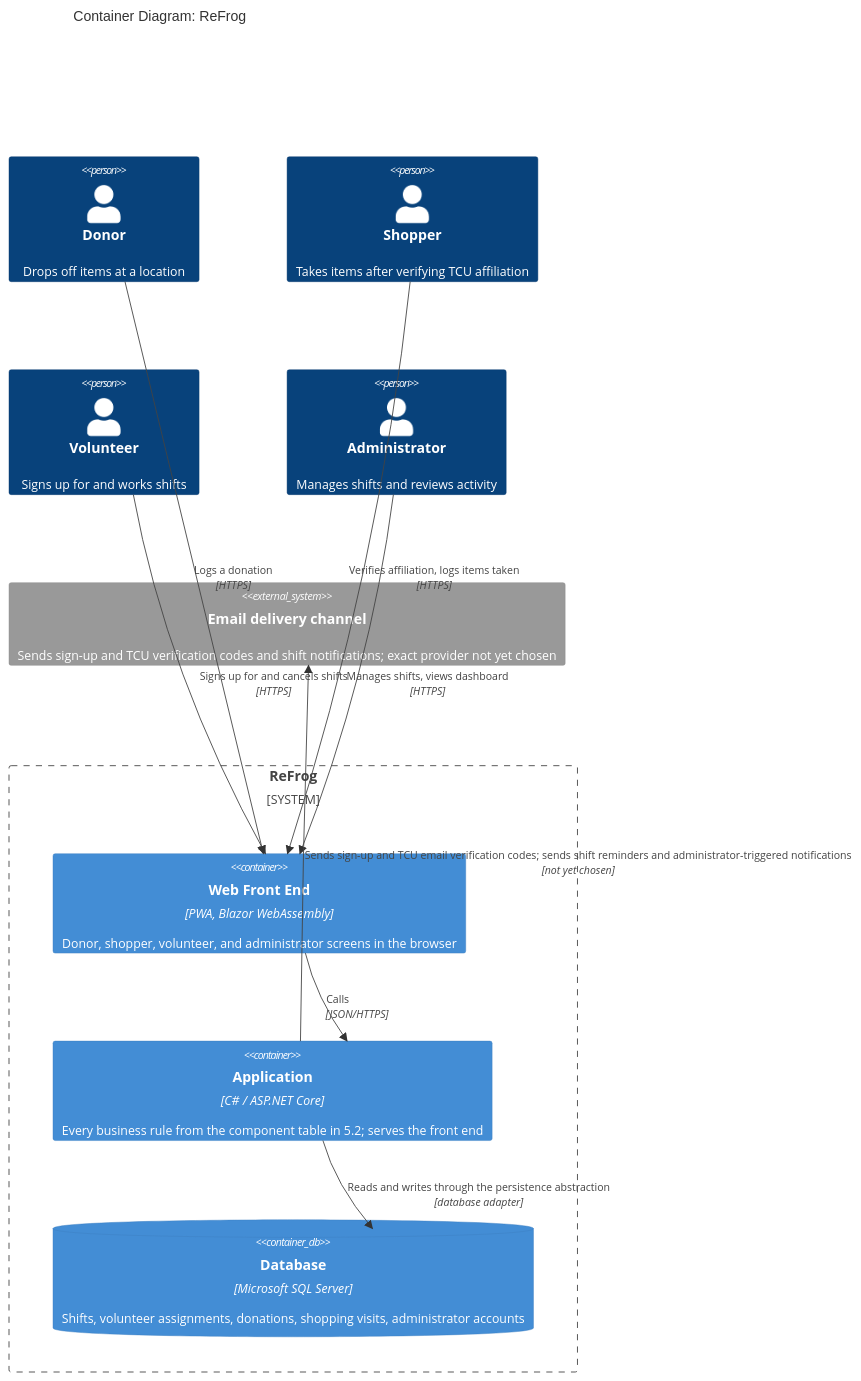
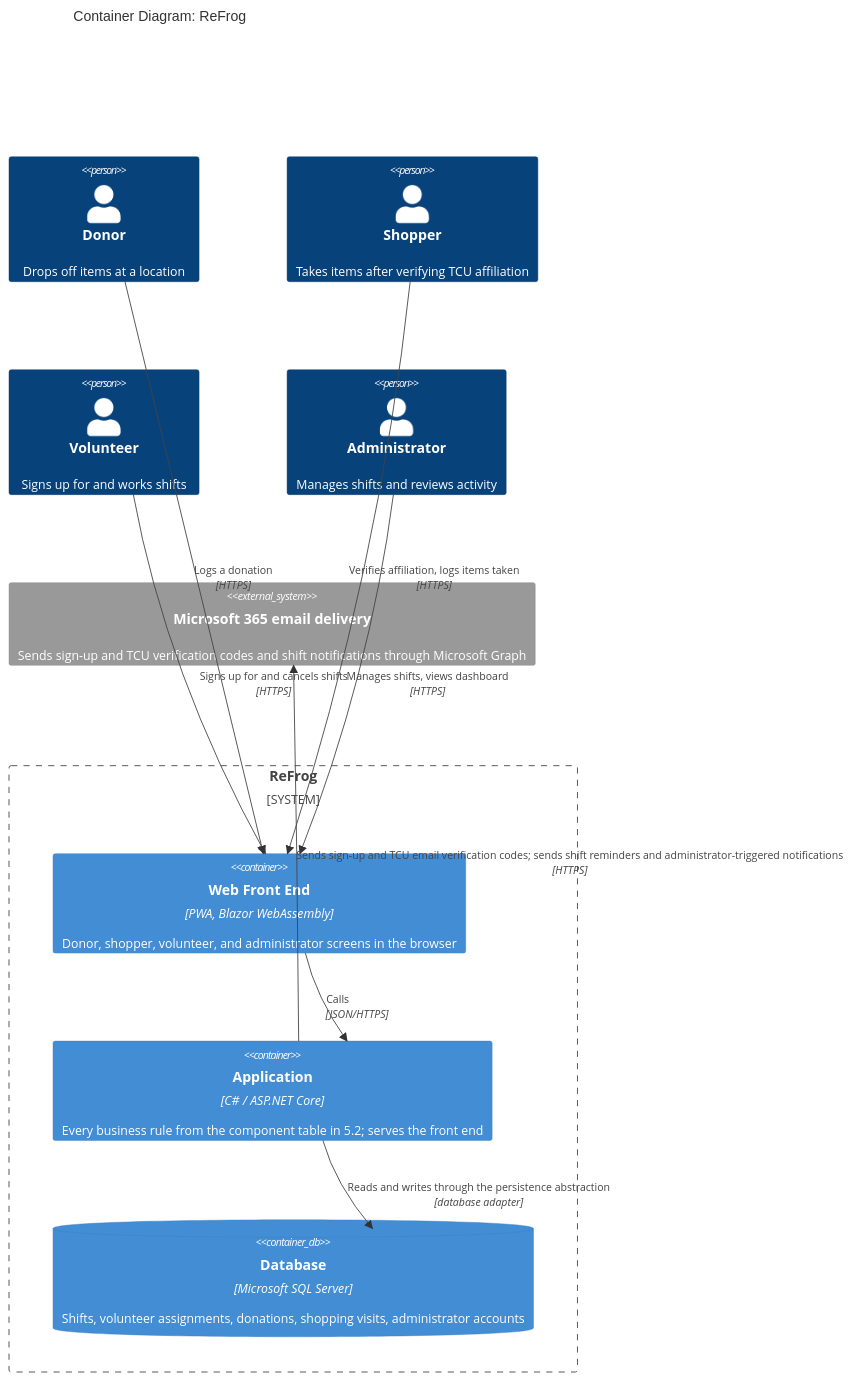
One commit to evelyntrann/cosc-40943-team-3-refrog changed the third of 3 diagrams in docs/design/architectural-design.md. Above: the diagram before and after it, drawn with Mermaid. The commit also changed other lines of this file and 6 other files, not shown here.

First line of the commit message:
build: send registration email through Microsoft 365

````diff
--- a/docs/design/architectural-design.md
+++ b/docs/design/architectural-design.md
@@ -213,25 +213,25 @@
 ```mermaid
 C4Container
     title Container Diagram: ReFrog
 
     Person(donor, "Donor", "Drops off items at a location")
     Person(shopper, "Shopper", "Takes items after verifying TCU affiliation")
     Person(volunteer, "Volunteer", "Signs up for and works shifts")
     Person(admin, "Administrator", "Manages shifts and reviews activity")
 
     System_Boundary(refrog, "ReFrog") {
         Container(web, "Web Front End", "PWA, Blazor WebAssembly", "Donor, shopper, volunteer, and administrator screens in the browser")
         Container(app, "Application", "C# / ASP.NET Core", "Every business rule from the component table in 5.2; serves the front end")
         ContainerDb(db, "Database", "Microsoft SQL Server", "Shifts, volunteer assignments, donations, shopping visits, administrator accounts")
     }
 
-    System_Ext(notify, "Email delivery channel", "Sends sign-up and TCU verification codes and shift notifications; exact provider not yet chosen")
+    System_Ext(notify, "Microsoft 365 email delivery", "Sends sign-up and TCU verification codes and shift notifications through Microsoft Graph")
 
     Rel(donor, web, "Logs a donation", "HTTPS")
     Rel(shopper, web, "Verifies affiliation, logs items taken", "HTTPS")
     Rel(volunteer, web, "Signs up for and cancels shifts", "HTTPS")
     Rel(admin, web, "Manages shifts, views dashboard", "HTTPS")
     Rel(web, app, "Calls", "JSON/HTTPS")
     Rel(app, db, "Reads and writes through the persistence abstraction", "database adapter")
-    Rel(app, notify, "Sends sign-up and TCU email verification codes; sends shift reminders and administrator-triggered notifications", "not yet chosen")
+    Rel(app, notify, "Sends sign-up and TCU email verification codes; sends shift reminders and administrator-triggered notifications", "HTTPS")
 ```
````
